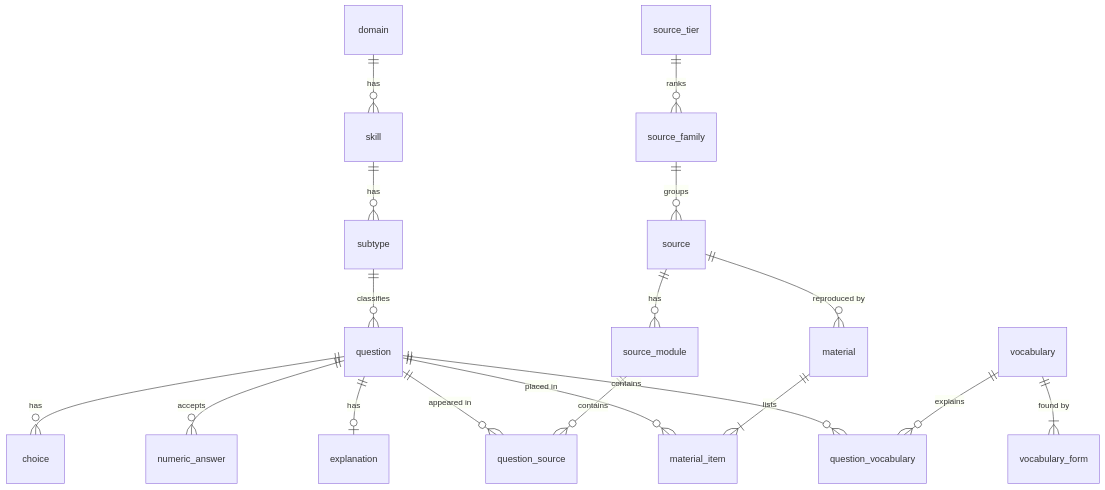
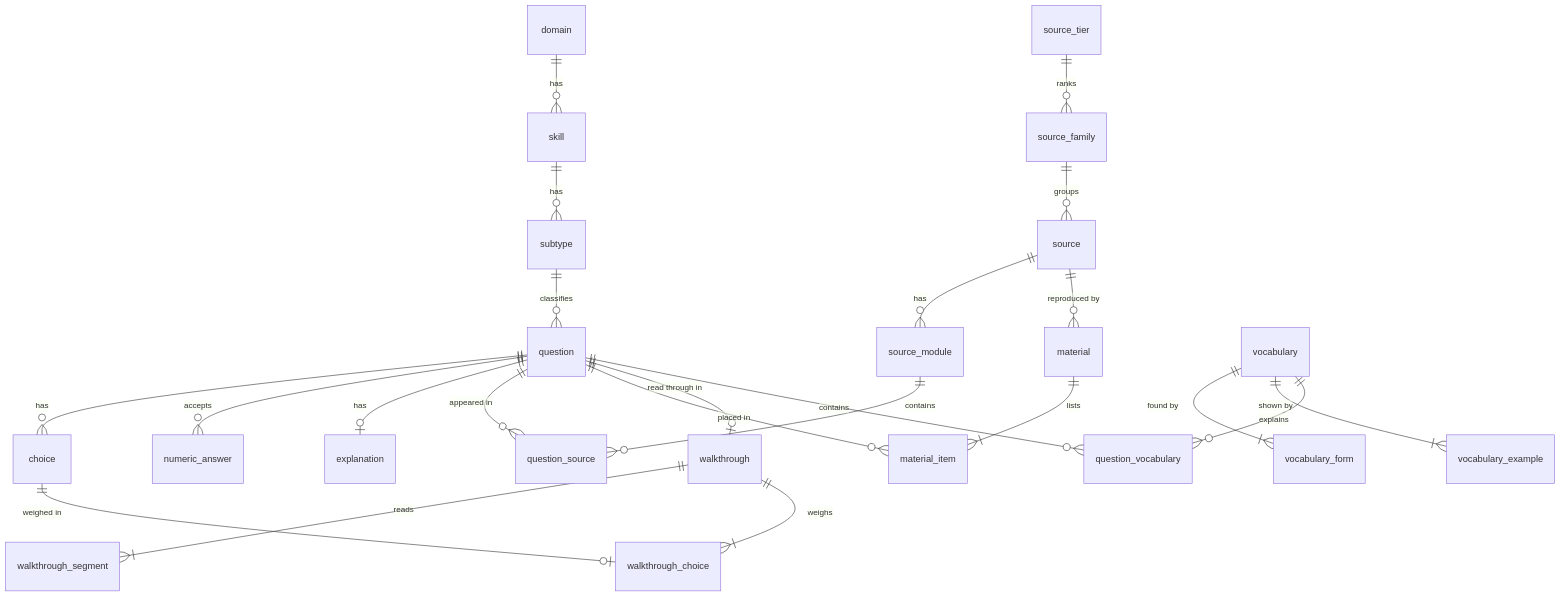
One commit to jterroblate/sat-practice-web changed the diagram in docs/content-db.md. Above: the diagram before and after it, drawn with Mermaid. The commit also changed other lines of this file and 18 other files, not shown here.

````diff
--- a/docs/content-db.md
+++ b/docs/content-db.md
@@ -38,20 +42,25 @@
 ```mermaid
 erDiagram
     domain ||--o{ skill : has
     skill ||--o{ subtype : has
     subtype ||--o{ question : classifies
     question ||--o{ choice : has
     question ||--o{ numeric_answer : accepts
     question ||--o| explanation : has
     source_tier ||--o{ source_family : ranks
     source_family ||--o{ source : groups
     source ||--o{ source_module : has
     source_module ||--o{ question_source : contains
     question ||--o{ question_source : "appeared in"
     material ||--|{ material_item : lists
     question ||--o{ material_item : "placed in"
     source ||--o{ material : "reproduced by"
     vocabulary ||--|{ vocabulary_form : "found by"
+    vocabulary ||--|{ vocabulary_example : "shown by"
     vocabulary ||--o{ question_vocabulary : explains
+    question ||--o| walkthrough : "read through in"
+    walkthrough ||--|{ walkthrough_segment : reads
+    walkthrough ||--|{ walkthrough_choice : weighs
+    choice ||--o| walkthrough_choice : "weighed in"
     question ||--o{ question_vocabulary : contains
 ```
````
